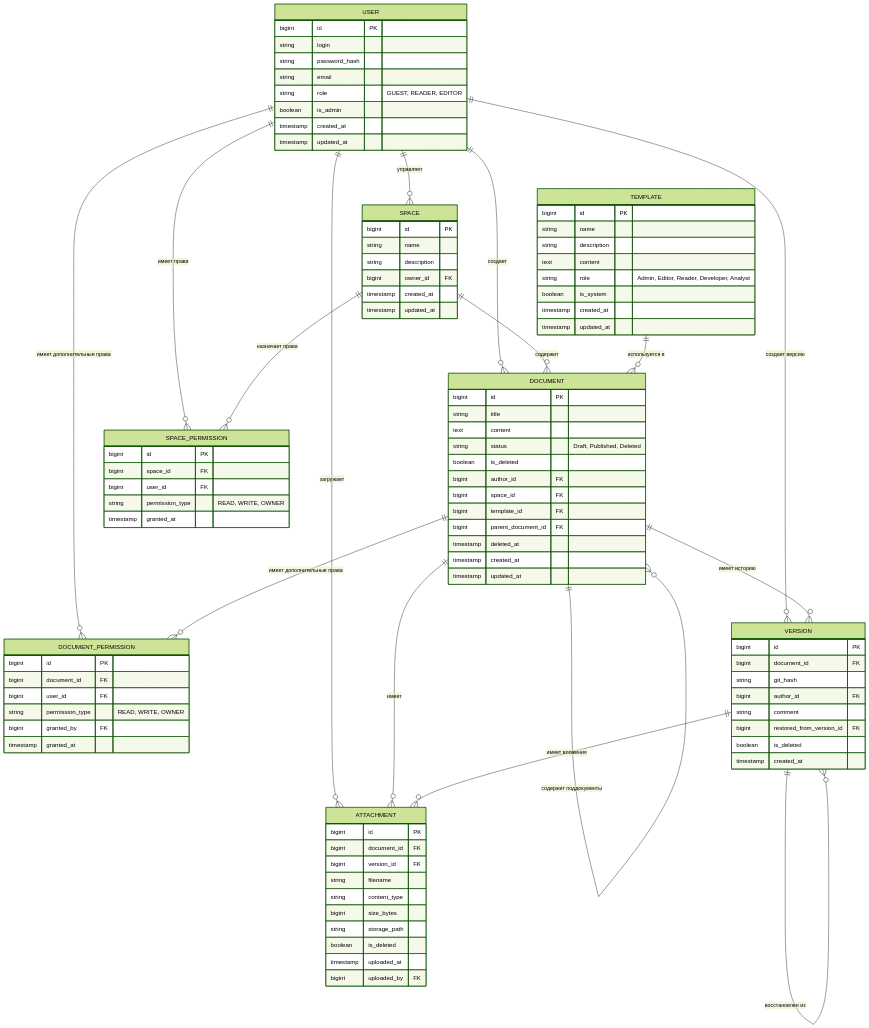
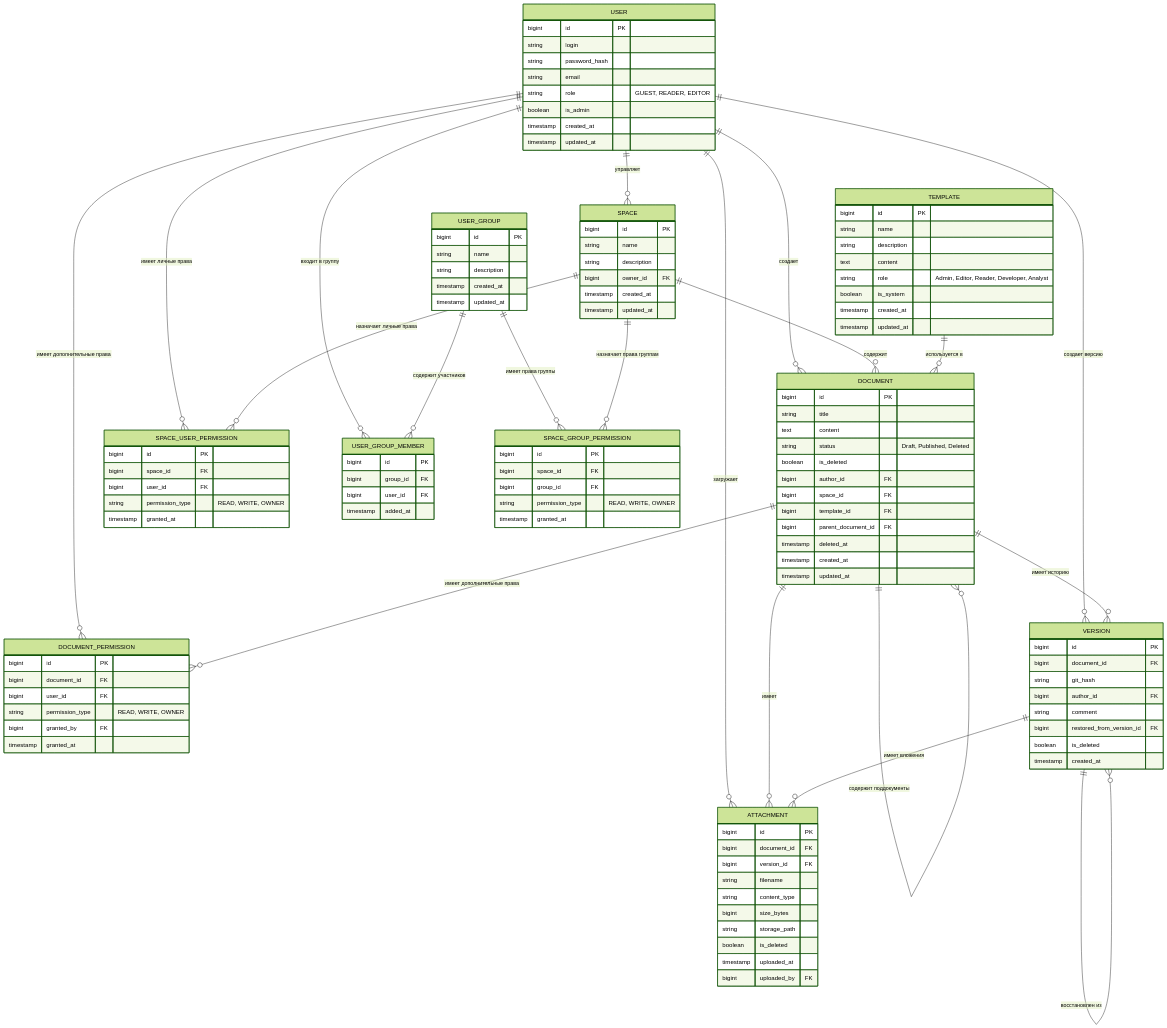
Before and after one commit to C23-501-SoftDev/Docs: the diagram in documents/120.data-model.md, drawn with Mermaid (forest theme). The commit also changed other lines of this file and 9 other files, not shown here.

```diff
--- a/documents/120.data-model.md
+++ b/documents/120.data-model.md
@@ -6,12 +6,17 @@
 erDiagram
     USER ||--o{ DOCUMENT : "создает"
     USER ||--o{ SPACE : "управляет"
-    USER ||--o{ SPACE_PERMISSION : "имеет права"
+    USER ||--o{ SPACE_USER_PERMISSION : "имеет личные права"
+    USER ||--o{ USER_GROUP_MEMBER : "входит в группу"
     USER ||--o{ DOCUMENT_PERMISSION : "имеет дополнительные права"
     USER ||--o{ VERSION : "создает версию"
     USER ||--o{ ATTACHMENT : "загружает"
     
-    SPACE ||--o{ SPACE_PERMISSION : "назначает права"
+    USER_GROUP ||--o{ USER_GROUP_MEMBER : "содержит участников"
+    USER_GROUP ||--o{ SPACE_GROUP_PERMISSION : "имеет права группы"
+    
+    SPACE ||--o{ SPACE_USER_PERMISSION : "назначает личные права"
+    SPACE ||--o{ SPACE_GROUP_PERMISSION : "назначает права группам"
     SPACE ||--o{ DOCUMENT : "содержит"
     
     TEMPLATE ||--o{ DOCUMENT : "используется в"
@@ -35,6 +40,21 @@
         timestamp updated_at
     }
 
+    USER_GROUP {
+        bigint id PK
+        string name
+        string description
+        timestamp created_at
+        timestamp updated_at
+    }
+
+    USER_GROUP_MEMBER {
+        bigint id PK
+        bigint group_id FK
+        bigint user_id FK
+        timestamp added_at
+    }
+
     SPACE {
         bigint id PK
         string name
@@ -44,10 +64,18 @@
         timestamp updated_at
     }
 
-    SPACE_PERMISSION {
+    SPACE_USER_PERMISSION {
         bigint id PK
         bigint space_id FK
         bigint user_id FK
+        string permission_type "READ, WRITE, OWNER"
+        timestamp granted_at
+    }
+
+    SPACE_GROUP_PERMISSION {
+        bigint id PK
+        bigint space_id FK
+        bigint group_id FK
         string permission_type "READ, WRITE, OWNER"
         timestamp granted_at
     }
```
